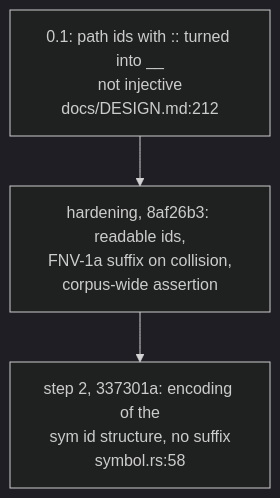
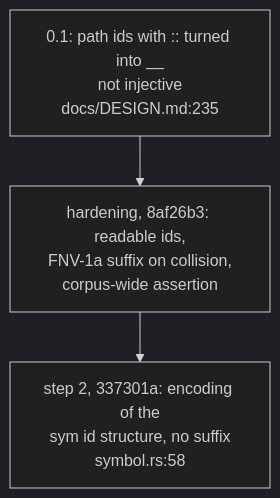
One commit to DreamLab-AI/codemaid changed the fifth of 5 diagrams in docs/diagrams/mermaid/02-injective-diagram-ids.md. Above: the diagram before and after it, drawn with Mermaid (dark theme). The commit also changed other lines of this file and 23 other files, not shown here.

````diff
--- a/docs/diagrams/mermaid/02-injective-diagram-ids.md
+++ b/docs/diagrams/mermaid/02-injective-diagram-ids.md
@@ -168,7 +168,7 @@
 ```mermaid
 flowchart TB
-    V1["0.1: path ids with :: turned into __<br/>not injective<br/>docs/DESIGN.md:212"]
+    V1["0.1: path ids with :: turned into __<br/>not injective<br/>docs/DESIGN.md:235"]
     V2["hardening, 8af26b3: readable ids,<br/>FNV-1a suffix on collision,<br/>corpus-wide assertion"]
     V3["step 2, 337301a: encoding of the<br/>sym id structure, no suffix<br/>symbol.rs:58"]
     V1 --> V2 --> V3
 ```
````
